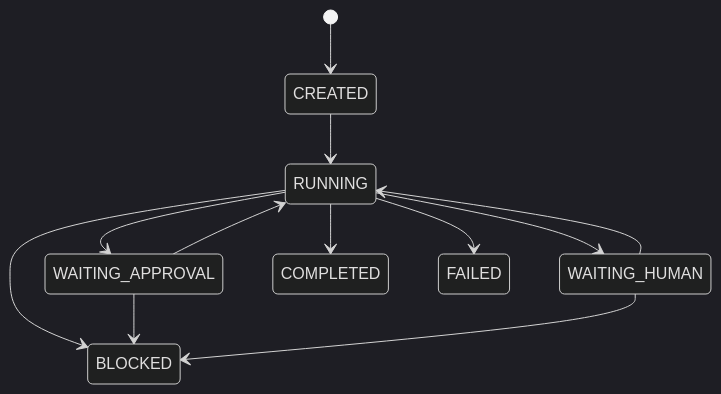
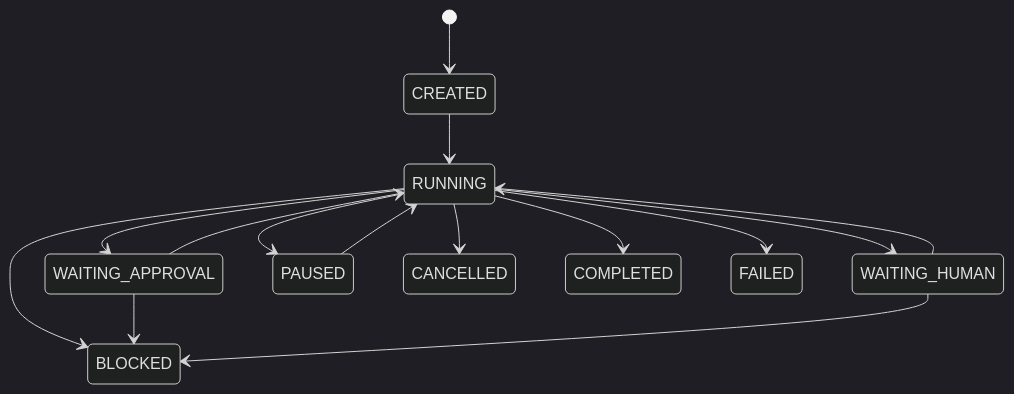
The second of 2 diagrams in docs/ARCHITECTURE.md (semi-hollow/NanoHarness), drawn with Mermaid (dark theme) before and after one commit. The commit also changed other lines of this file and 68 other files, not shown here.

````diff
--- a/docs/ARCHITECTURE.md
+++ b/docs/ARCHITECTURE.md
@@ -104,14 +104,17 @@
 ```mermaid
 stateDiagram-v2
     [*] --> CREATED
     CREATED --> RUNNING
     RUNNING --> WAITING_APPROVAL
     RUNNING --> WAITING_HUMAN
+    RUNNING --> PAUSED
+    RUNNING --> CANCELLED
     WAITING_APPROVAL --> RUNNING
     WAITING_HUMAN --> RUNNING
+    PAUSED --> RUNNING
     RUNNING --> COMPLETED
     RUNNING --> BLOCKED
     RUNNING --> FAILED
     WAITING_APPROVAL --> BLOCKED
     WAITING_HUMAN --> BLOCKED
 ```
````
